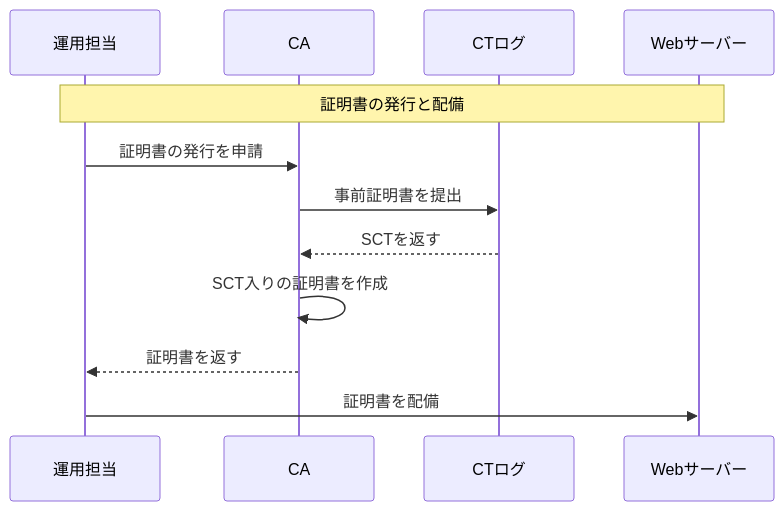
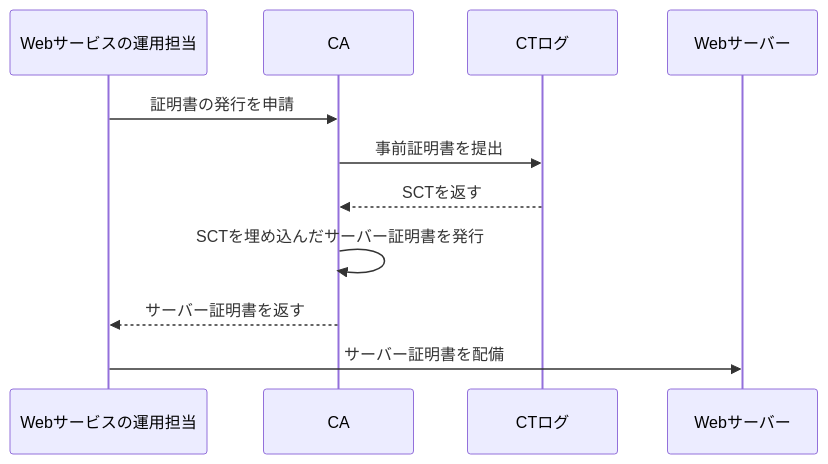
Before and after one commit to aurora1530/learning-materials: the fifth of 10 diagrams in docs/security/20261113-tls-pki-emudhra.md, drawn with Mermaid. The commit also changed other lines of this file, not shown here.

````diff
--- a/docs/security/20261113-tls-pki-emudhra.md
+++ b/docs/security/20261113-tls-pki-emudhra.md
@@ -180,14 +174,13 @@
 ```mermaid
 sequenceDiagram
-    participant Ops as 運用担当
+    participant Ops as Webサービスの運用担当
     participant CA as CA
     participant Log as CTログ
     participant Web as Webサーバー
-    Note over Ops,Web: 証明書の発行と配備
     Ops->>CA: 証明書の発行を申請
     CA->>Log: 事前証明書を提出
     Log-->>CA: SCTを返す
-    CA->>CA: SCT入りの証明書を作成
-    CA-->>Ops: 証明書を返す
-    Ops->>Web: 証明書を配備
+    CA->>CA: SCTを埋め込んだサーバー証明書を発行
+    CA-->>Ops: サーバー証明書を返す
+    Ops->>Web: サーバー証明書を配備
 ```
````
